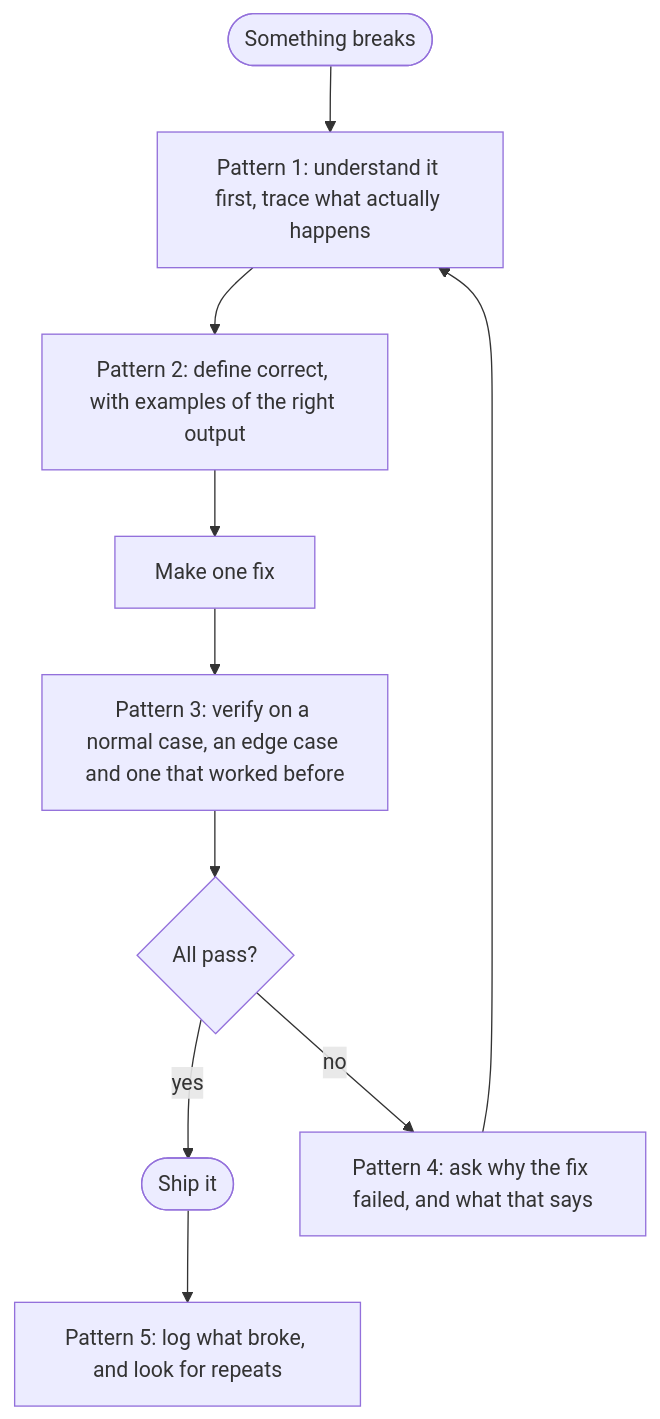
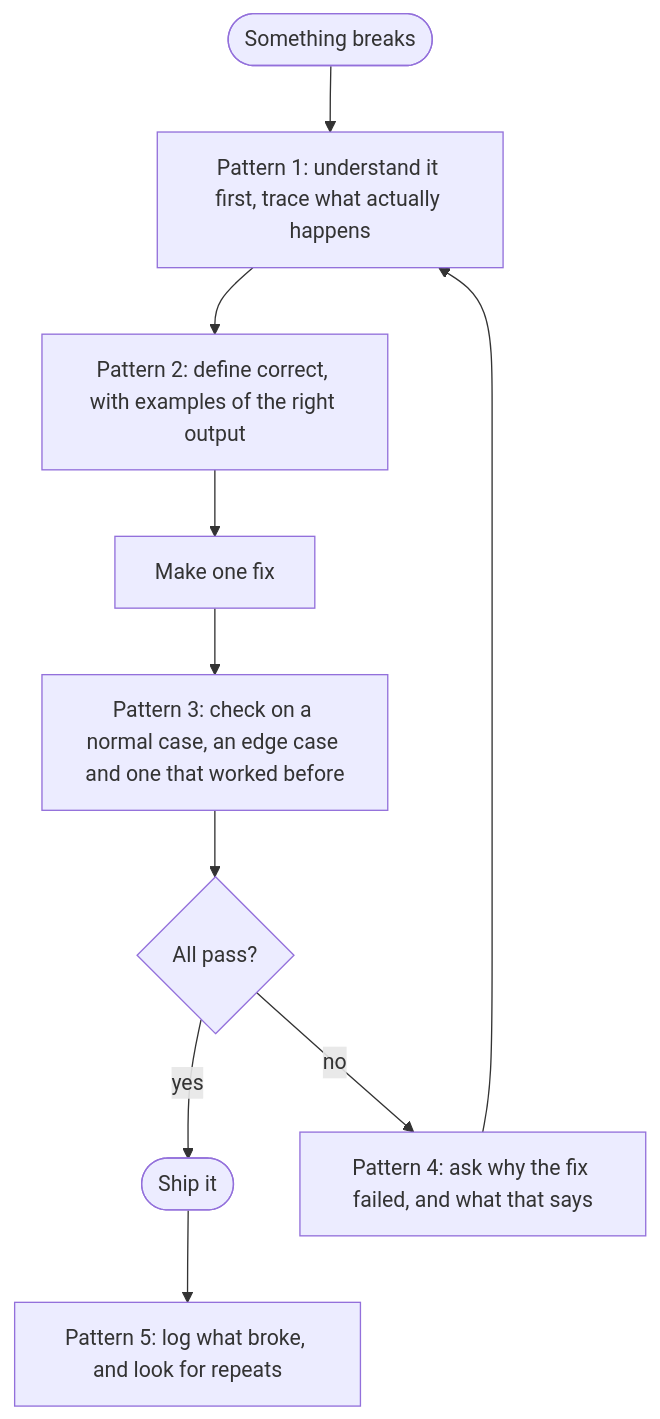
Before and after one commit to basicisabc1994/g6solver: the fifth of 9 diagrams in web/content/guide.md, drawn with Mermaid. The commit also changed other lines of this file and 34 other files, not shown here.

````diff
--- a/web/content/guide.md
+++ b/web/content/guide.md
@@ -267,12 +267,12 @@
-```mermaid The five patterns as one loop: understand and define correct before fixing, verify before shipping, and learn from every fix that fails.
+```mermaid The five patterns as one loop: understand and define correct before fixing, check before shipping, and learn from every fix that fails.
 flowchart TD
     broken(["Something breaks"]) --> understand["Pattern 1: understand it first, trace what actually happens"]
     understand --> define["Pattern 2: define correct, with examples of the right output"]
     define --> fix["Make one fix"]
-    fix --> verify["Pattern 3: verify on a normal case, an edge case and one that worked before"]
-    verify --> pass{"All pass?"}
+    fix --> check["Pattern 3: check on a normal case, an edge case and one that worked before"]
+    check --> pass{"All pass?"}
     pass -->|yes| ship(["Ship it"])
     pass -->|no| why["Pattern 4: ask why the fix failed, and what that says"]
     why --> understand
     ship --> log["Pattern 5: log what broke, and look for repeats"]
 ```
````
